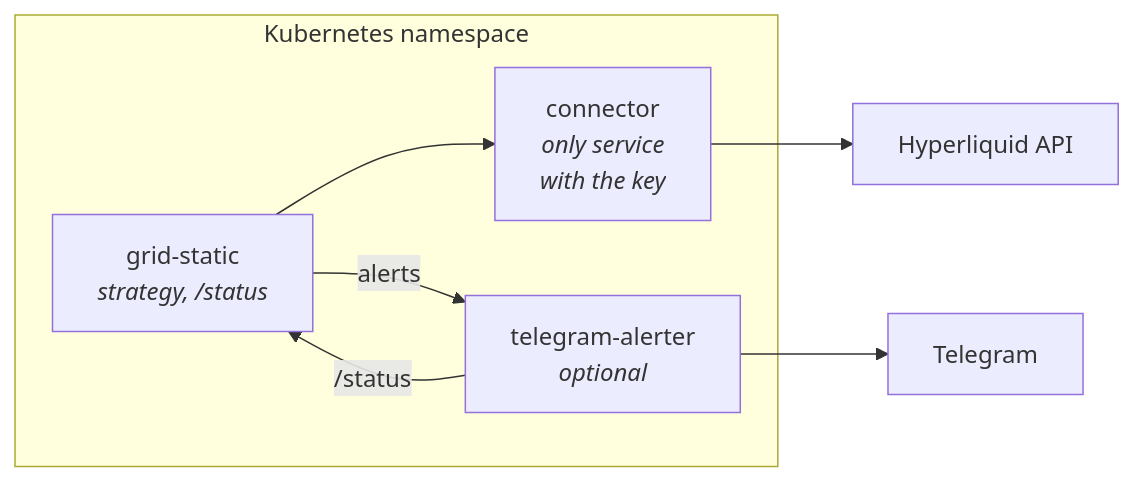
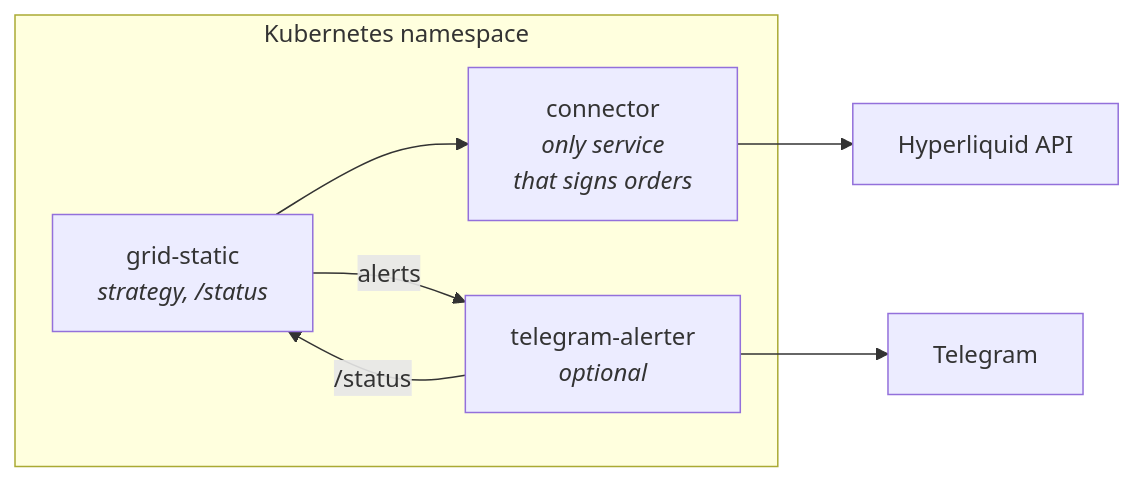
One commit to njwgroeneveld/gridstatic changed the second of 2 diagrams in README.md. Above: the diagram before and after it, drawn with Mermaid. The commit also changed other lines of this file, not shown here.

Commit message:
readme: the connector signs with an API wallet, and why; status brought up to date

````diff
--- a/README.md
+++ b/README.md
@@ -86,11 +86,11 @@
 ```mermaid
 flowchart LR
     subgraph k8s[Kubernetes namespace]
         GS[grid-static<br/><i>strategy, /status</i>]
-        CON[connector<br/><i>only service</i><br/><i>with the key</i>]
+        CON[connector<br/><i>only service</i><br/><i>that signs orders</i>]
         TG[telegram-alerter<br/><i>optional</i>]
     end
     GS --> CON --> HL[Hyperliquid API]
     GS -- alerts --> TG --> TGAPI[Telegram]
     TG -- /status --> GS
 ```
````
